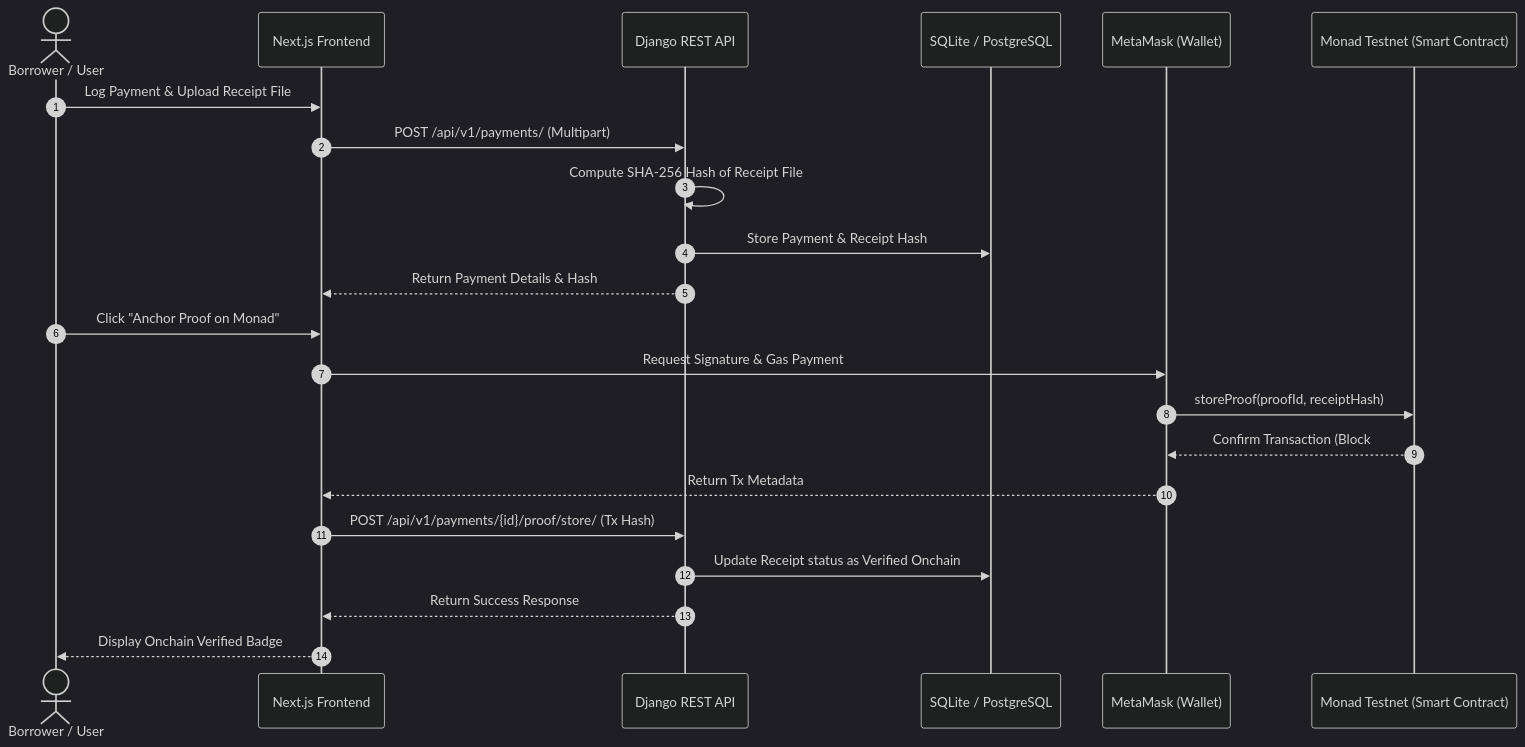
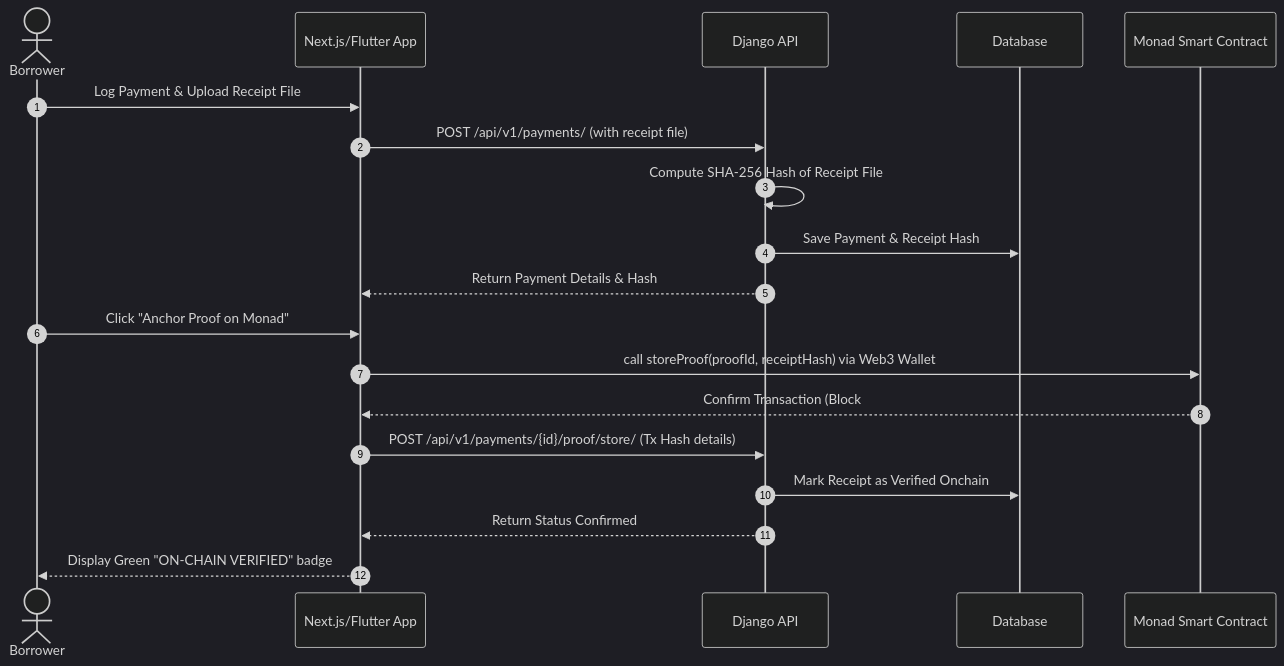
The diagram in README.md (Abhimanyu-Vaishnav/DebtProof), drawn with Mermaid (dark theme) before and after one commit. The commit also changed other lines of this file, not shown here.

Commit message:
Rewrite README.md with comprehensive details and roadmap

````diff
--- a/README.md
+++ b/README.md
@@ -49,25 +54,22 @@
 ```mermaid
 sequenceDiagram
     autonumber
-    actor User as Borrower / User
-    participant FE as Next.js Frontend
-    participant BE as Django REST API
-    participant DB as SQLite / PostgreSQL
-    participant Wallet as MetaMask (Wallet)
-    participant BC as Monad Testnet (Smart Contract)
+    actor User as Borrower
+    participant FE as Next.js/Flutter App
+    participant BE as Django API
+    participant DB as Database
+    participant BC as Monad Smart Contract
 
     User->>FE: Log Payment & Upload Receipt File
-    FE->>BE: POST /api/v1/payments/ (Multipart)
+    FE->>BE: POST /api/v1/payments/ (with receipt file)
     BE->>BE: Compute SHA-256 Hash of Receipt File
-    BE->>DB: Store Payment & Receipt Hash
+    BE->>DB: Save Payment & Receipt Hash
     BE-->>FE: Return Payment Details & Hash
     User->>FE: Click "Anchor Proof on Monad"
-    FE->>Wallet: Request Signature & Gas Payment
-    Wallet->>BC: storeProof(proofId, receiptHash)
-    BC-->>Wallet: Confirm Transaction (Block #, Tx Hash)
-    Wallet-->>FE: Return Tx Metadata
-    FE->>BE: POST /api/v1/payments/{id}/proof/store/ (Tx Hash)
-    BE->>DB: Update Receipt status as Verified Onchain
-    BE-->>FE: Return Success Response
-    FE-->>User: Display Onchain Verified Badge
+    FE->>BC: call storeProof(proofId, receiptHash) via Web3 Wallet
+    BC-->>FE: Confirm Transaction (Block #, Tx Hash)
+    FE->>BE: POST /api/v1/payments/{id}/proof/store/ (Tx Hash details)
+    BE->>DB: Mark Receipt as Verified Onchain
+    BE-->>FE: Return Status Confirmed
+    FE-->>User: Display Green "ON-CHAIN VERIFIED" badge
 ```
````
